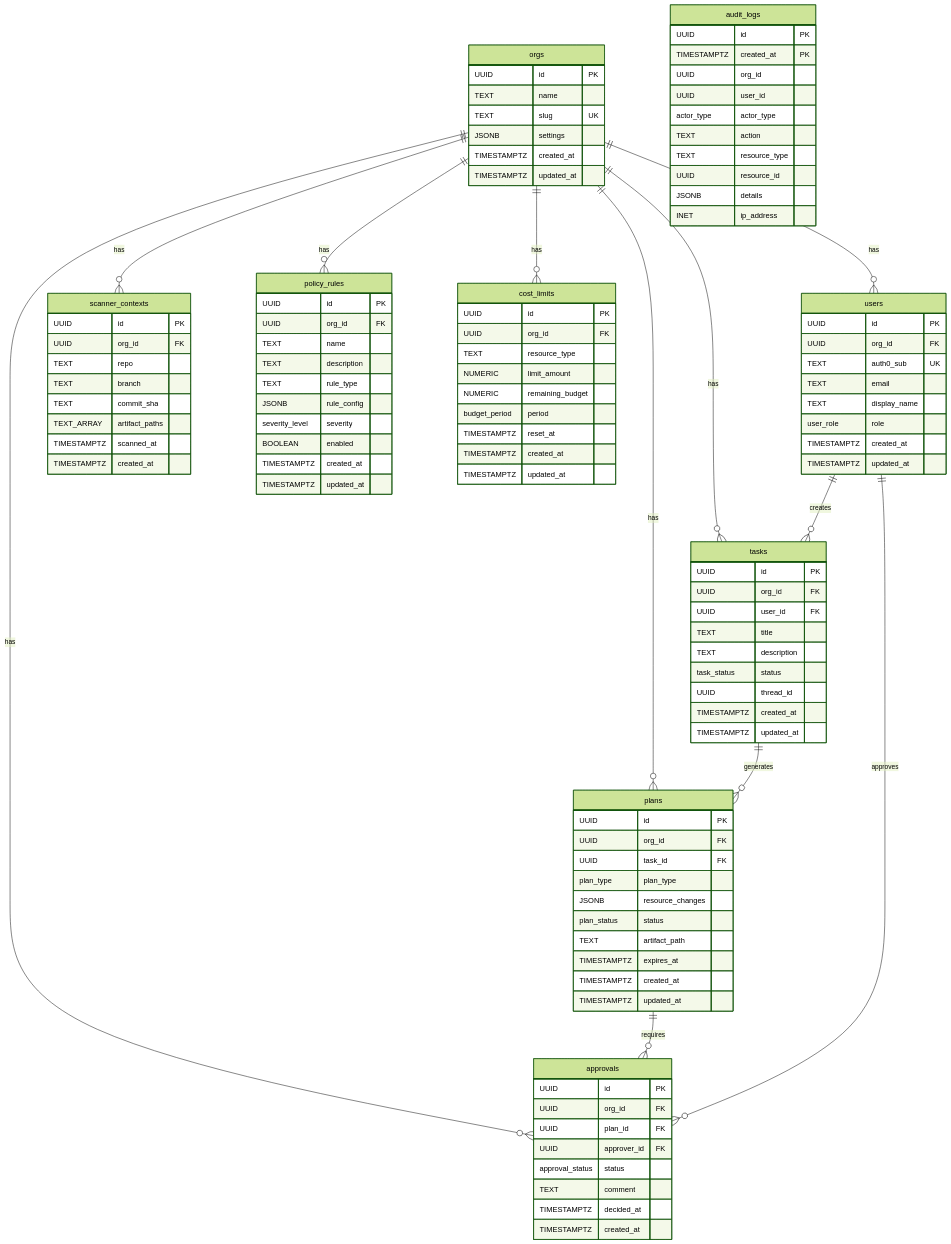
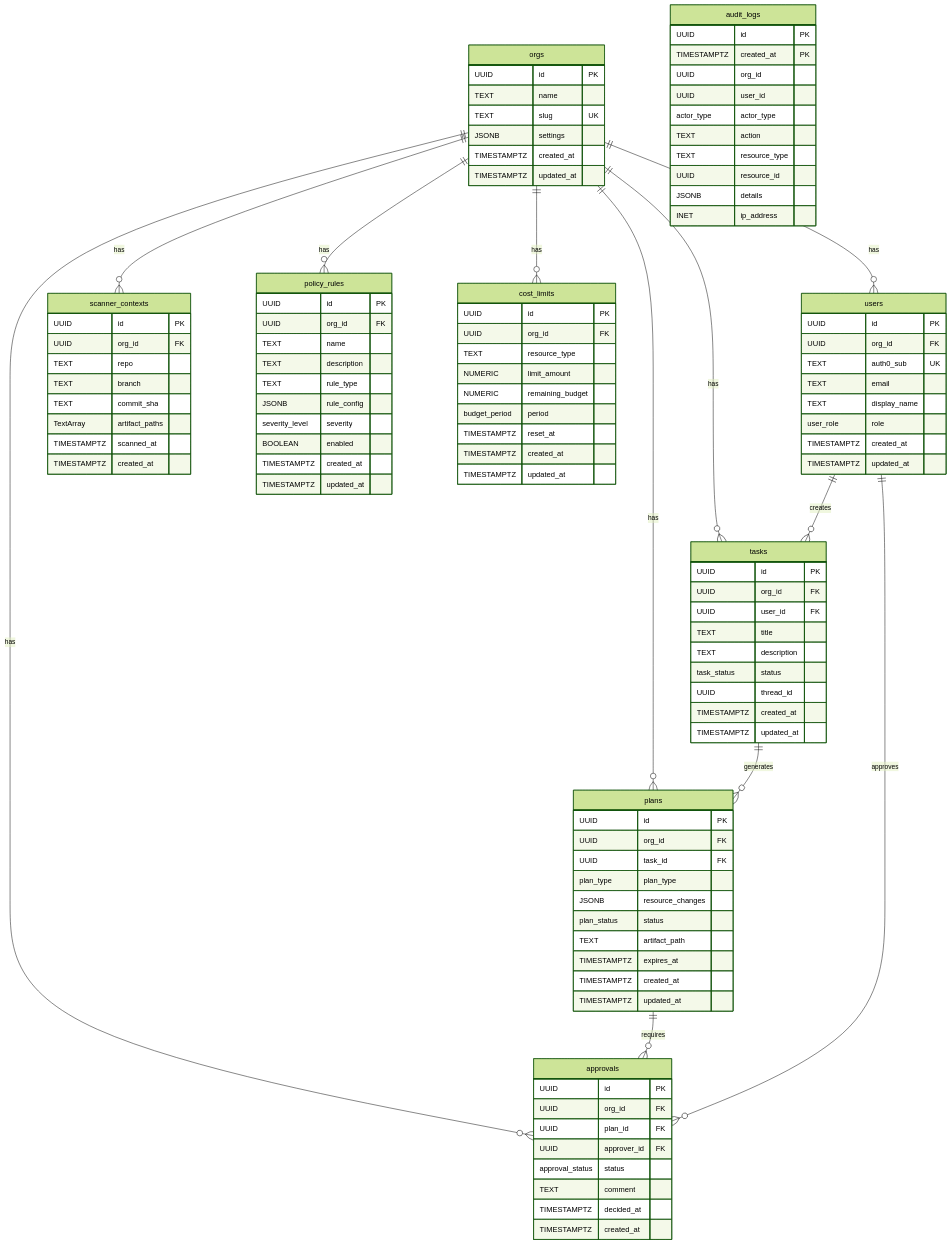
One commit to Doki-Stack/db-schemas changed the first of 2 diagrams in docs/erd.md. Above: the diagram before and after it, drawn with Mermaid (forest theme). The commit also changed other lines of this file, not shown here.

First line of the commit message:
fix: resolve Mermaid ERD parse errors

```diff
--- a/docs/erd.md
+++ b/docs/erd.md
@@ -79,7 +79,7 @@
         TEXT repo
         TEXT branch
         TEXT commit_sha
-        TEXT_ARRAY artifact_paths
+        TextArray artifact_paths
         TIMESTAMPTZ scanned_at
         TIMESTAMPTZ created_at
     }
```
